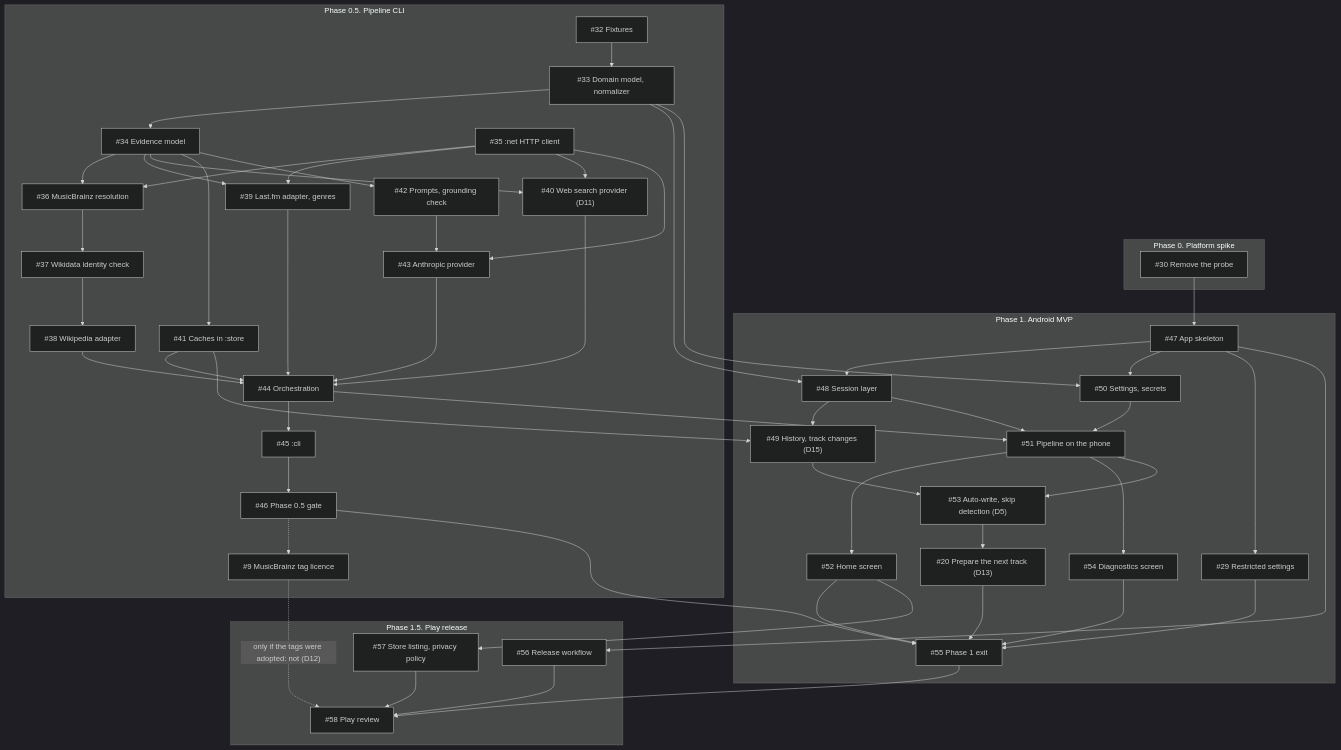
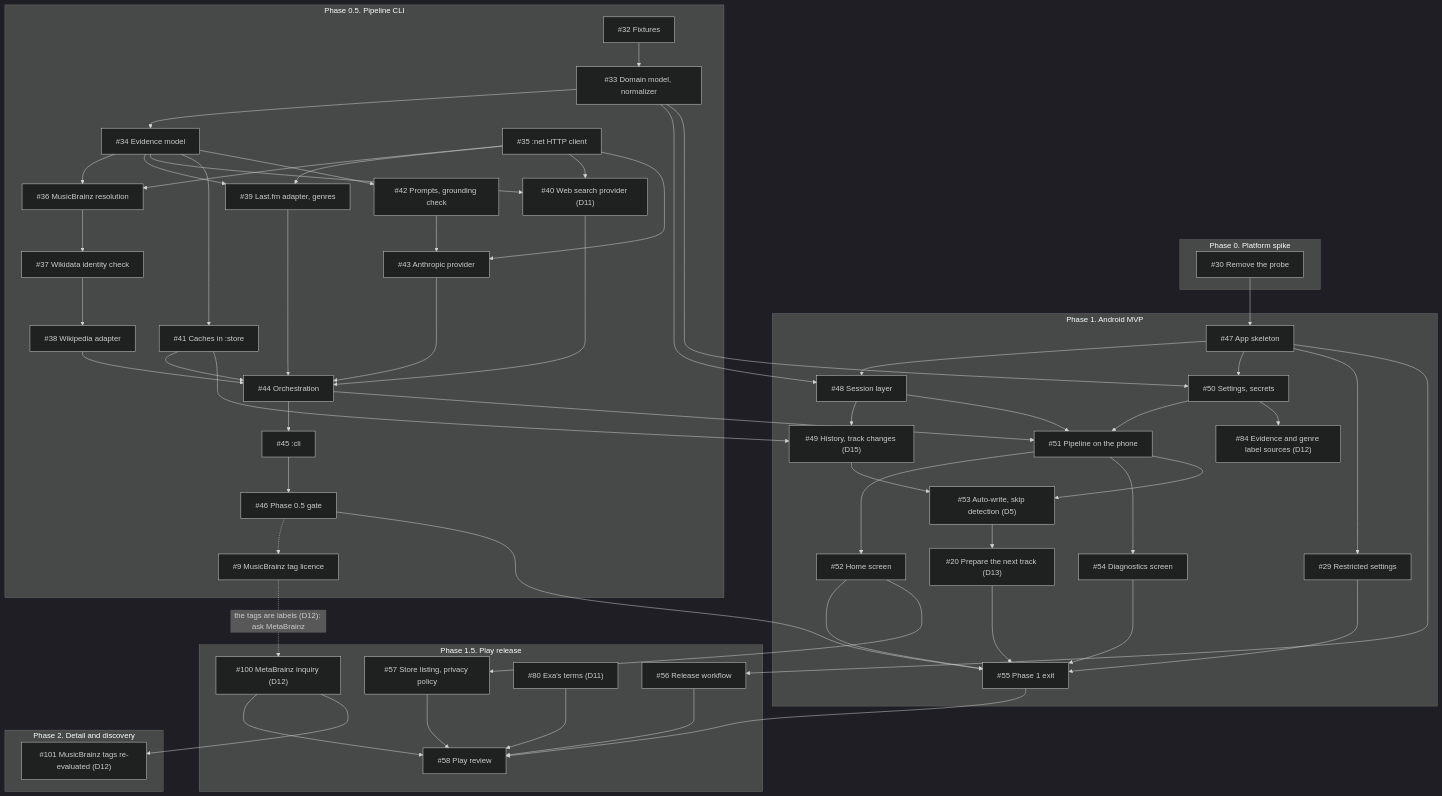
One commit to wkusnierczyk/sleevesight changed the diagram in design/plan.md. Above: the diagram before and after it, drawn with Mermaid (dark theme). The commit also changed other lines of this file and 2 other files, not shown here.

First line of the commit message:
[DOCS] D12 revised: MusicBrainz tags as a genre label source from Phase 1.0 (#105)

````diff
--- a/design/plan.md
+++ b/design/plan.md
@@ -46,13 +46,20 @@
     i20["#20 Prepare the next track (D13)"]
     i54["#54 Diagnostics screen"]
     i29["#29 Restricted settings"]
+    i84["#84 Evidence and genre label sources (D12)"]
     i55["#55 Phase 1 exit"]
   end
 
   subgraph P15["Phase 1.5. Play release"]
     i56["#56 Release workflow"]
     i57["#57 Store listing, privacy policy"]
+    i80["#80 Exa's terms (D11)"]
+    i100["#100 MetaBrainz inquiry (D12)"]
     i58["#58 Play review"]
+  end
+
+  subgraph P2["Phase 2. Detail and discovery"]
+    i101["#101 MusicBrainz tags re-evaluated (D12)"]
   end
 
   i32 --> i33 --> i34
@@ -74,7 +81,7 @@
   i43 --> i44
   i44 --> i45 --> i46
   i46 -.-> i9
-  i9 -.->|"only if the tags were adopted: not (D12)"| i58
+  i9 -.->|"the tags are labels (D12): ask MetaBrainz"| i100
   i46 --> i55
 
   i30 --> i47
@@ -95,6 +102,7 @@
   i53 --> i20
   i52 --> i55
   i54 --> i55
+  i50 --> i84
   i20 --> i55
   i29 --> i55
 
@@ -103,4 +111,7 @@
   i55 --> i58
   i56 --> i58
   i57 --> i58
+  i80 --> i58
+  i100 --> i58
+  i100 --> i101
 ```
````
